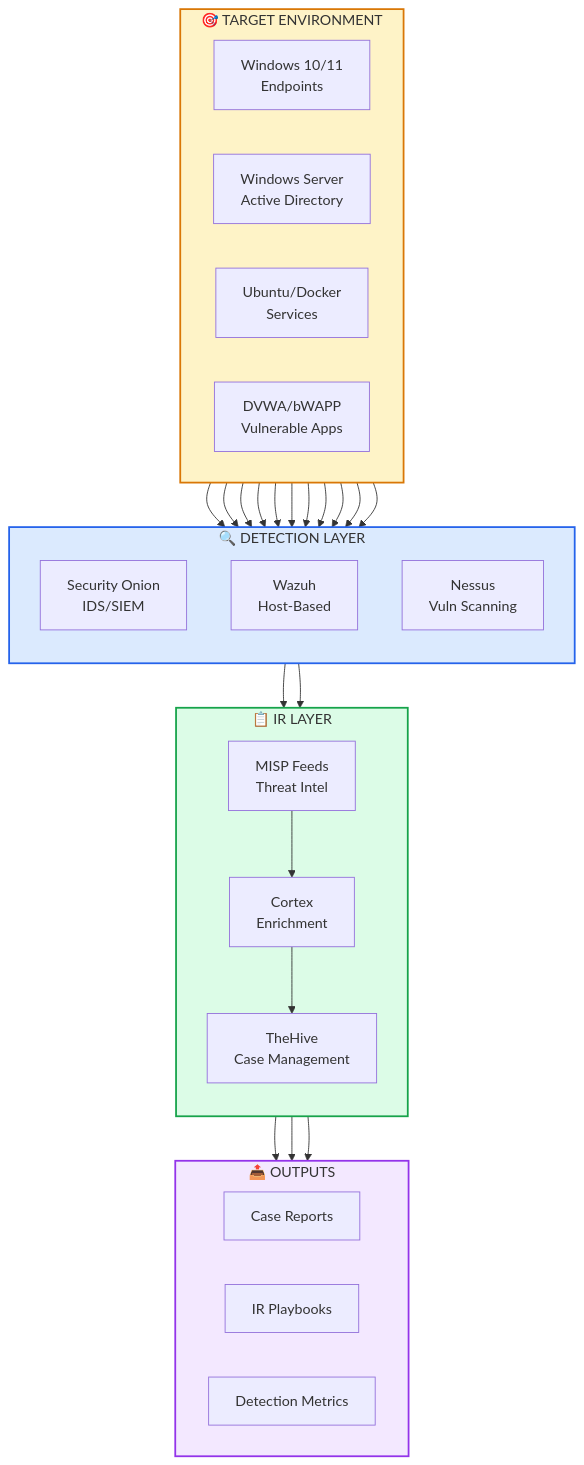
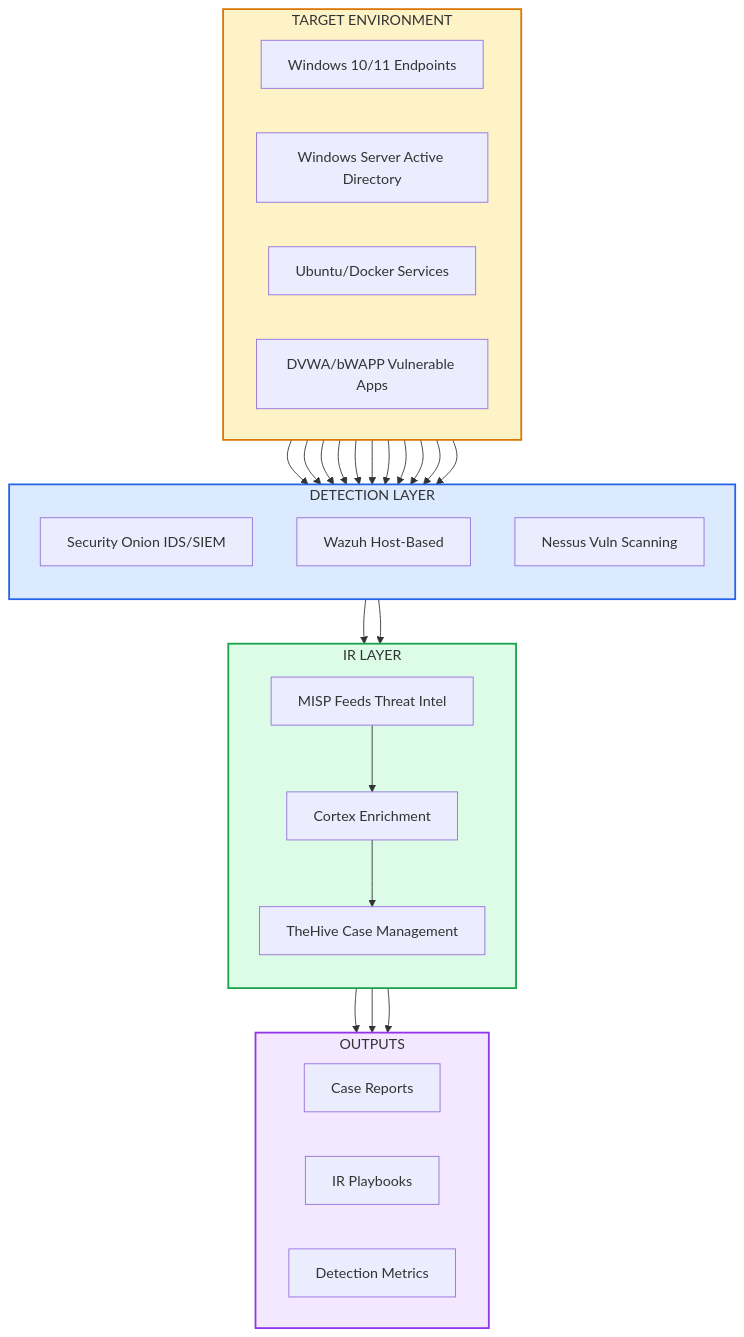
One commit to Pharns/portfolio changed the diagram in docs/cybersecurity/incident-response.md. Above: the diagram before and after it, drawn with Mermaid. The commit also changed 3 other files, not shown here.

First line of the commit message:
fix(mermaid): resolve syntax errors for Mermaid v11.12.2

````diff
--- a/docs/cybersecurity/incident-response.md
+++ b/docs/cybersecurity/incident-response.md
@@ -46,45 +46,55 @@
 ```mermaid
 flowchart TB
-    subgraph TARGETS["🎯 TARGET ENVIRONMENT"]
+    subgraph TARGETS["TARGET ENVIRONMENT"]
         direction LR
-        WIN[Windows 10/11<br/>Endpoints]
-        AD[Windows Server<br/>Active Directory]
-        LNX[Ubuntu/Docker<br/>Services]
-        WEB[DVWA/bWAPP<br/>Vulnerable Apps]
+        WIN["Windows 10/11 Endpoints"]
+        AD["Windows Server Active Directory"]
+        LNX["Ubuntu/Docker Services"]
+        WEB["DVWA/bWAPP Vulnerable Apps"]
     end
 
-    subgraph DETECTION["🔍 DETECTION LAYER"]
+    subgraph DETECTION["DETECTION LAYER"]
         direction TB
-        SO[Security Onion<br/>IDS/SIEM]
-        WAZ[Wazuh<br/>Host-Based]
-        NES[Nessus<br/>Vuln Scanning]
+        SO["Security Onion IDS/SIEM"]
+        WAZ["Wazuh Host-Based"]
+        NES["Nessus Vuln Scanning"]
     end
 
-    subgraph IR["📋 IR LAYER"]
+    subgraph IR["IR LAYER"]
         direction TB
-        HIVE[TheHive<br/>Case Management]
-        CTX[Cortex<br/>Enrichment]
-        MISP[MISP Feeds<br/>Threat Intel]
+        HIVE["TheHive Case Management"]
+        CTX["Cortex Enrichment"]
+        MISP["MISP Feeds Threat Intel"]
     end
 
-    subgraph OUTPUT["📤 OUTPUTS"]
+    subgraph OUTPUT["OUTPUTS"]
         direction LR
-        CASE[Case Reports]
-        PLAY[IR Playbooks]
-        METRICS[Detection Metrics]
+        CASE["Case Reports"]
+        PLAY["IR Playbooks"]
+        METRICS["Detection Metrics"]
     end
 
-    WIN & AD & LNX & WEB --> SO
-    WIN & AD & LNX --> WAZ
-    WIN & AD & LNX & WEB --> NES
+    WIN --> SO
+    AD --> SO
+    LNX --> SO
+    WEB --> SO
+    WIN --> WAZ
+    AD --> WAZ
+    LNX --> WAZ
+    WIN --> NES
+    AD --> NES
+    LNX --> NES
+    WEB --> NES
     SO --> HIVE
     WAZ --> HIVE
     CTX --> HIVE
     MISP --> CTX
-    HIVE --> CASE & PLAY & METRICS
+    HIVE --> CASE
+    HIVE --> PLAY
+    HIVE --> METRICS
 
     style TARGETS fill:#fef3c7,stroke:#d97706,stroke-width:2px
     style DETECTION fill:#dbeafe,stroke:#2563eb,stroke-width:2px
     style IR fill:#dcfce7,stroke:#16a34a,stroke-width:2px
     style OUTPUT fill:#f3e8ff,stroke:#9333ea,stroke-width:2px
 ```
````
